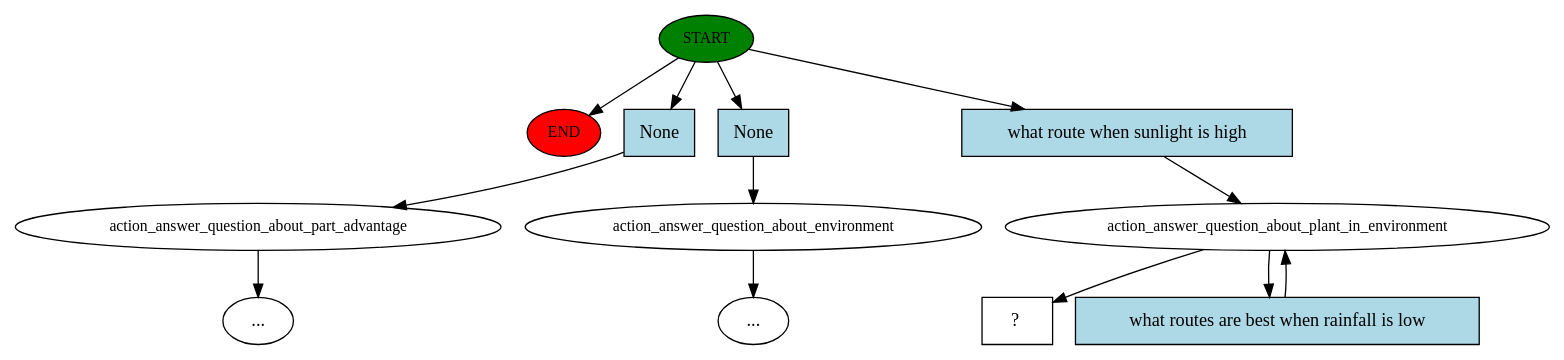
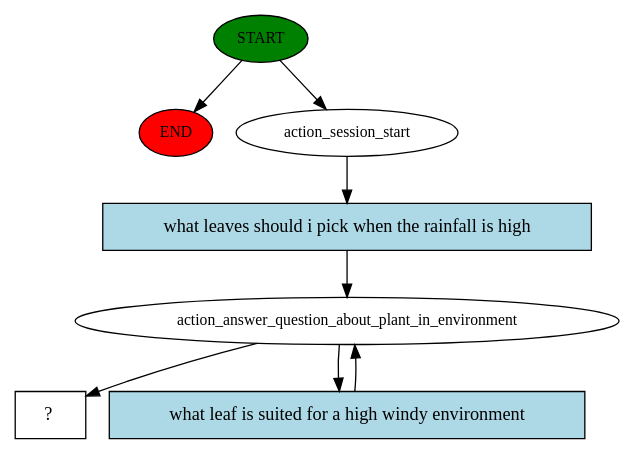
One commit to gozlen/virtual-assistant changed the diagram in story_graph.dot. Above: the diagram before and after it, drawn with Graphviz. The commit also changed 6 other files, not shown here.

```diff
--- a/story_graph.dot
+++ b/story_graph.dot
@@ -1,26 +1,16 @@
 digraph  {
 0 [class="start active", fillcolor=green, fontsize=12, label=START, style=filled];
 "-1" [class=end, fillcolor=red, fontsize=12, label=END, style=filled];
-1 [class="", fontsize=12, label=action_answer_question_about_part_advantage];
-"-4" [class=ellipsis, label="..."];
-3 [class="", fontsize=12, label=action_answer_question_about_environment];
-"-6" [class=ellipsis, label="..."];
-5 [class=active, fontsize=12, label=action_answer_question_about_plant_in_environment];
-8 [class="intent dashed active", label="  ?  ", shape=rect];
-9 [class=intent, fillcolor=lightblue, label=None, shape=rect, style=filled];
-10 [class=intent, fillcolor=lightblue, label=None, shape=rect, style=filled];
-11 [class="intent active", fillcolor=lightblue, label="what route when sunlight is high", shape=rect, style=filled];
-12 [class="intent active", fillcolor=lightblue, label="what routes are best when rainfall is low", shape=rect, style=filled];
+1 [class=active, fontsize=12, label=action_session_start];
+2 [class=active, fontsize=12, label=action_answer_question_about_plant_in_environment];
+4 [class="intent dashed active", label="  ?  ", shape=rect];
+5 [class="intent active", fillcolor=lightblue, label="what leaves should i pick when the rainfall is high", shape=rect, style=filled];
+6 [class="intent active", fillcolor=lightblue, label="what leaf is suited for a high windy environment", shape=rect, style=filled];
 0 -> "-1"  [class="", key=NONE, label=""];
-0 -> 9  [class="", key=0];
-0 -> 10  [class="", key=0];
-0 -> 11  [class=active, key=0];
-1 -> "-4"  [class="", key=NONE, label=""];
-3 -> "-6"  [class="", key=NONE, label=""];
-5 -> 8  [class=active, key=NONE, label=""];
-5 -> 12  [class=active, key=0];
-9 -> 1  [class="", key=0];
-10 -> 3  [class="", key=0];
-11 -> 5  [class=active, key=0];
-12 -> 5  [class=active, key=0];
+0 -> 1  [class=active, key=NONE, label=""];
+1 -> 5  [class=active, key=0];
+2 -> 4  [class=active, key=NONE, label=""];
+2 -> 6  [class=active, key=0];
+5 -> 2  [class=active, key=0];
+6 -> 2  [class=active, key=0];
 }
```
